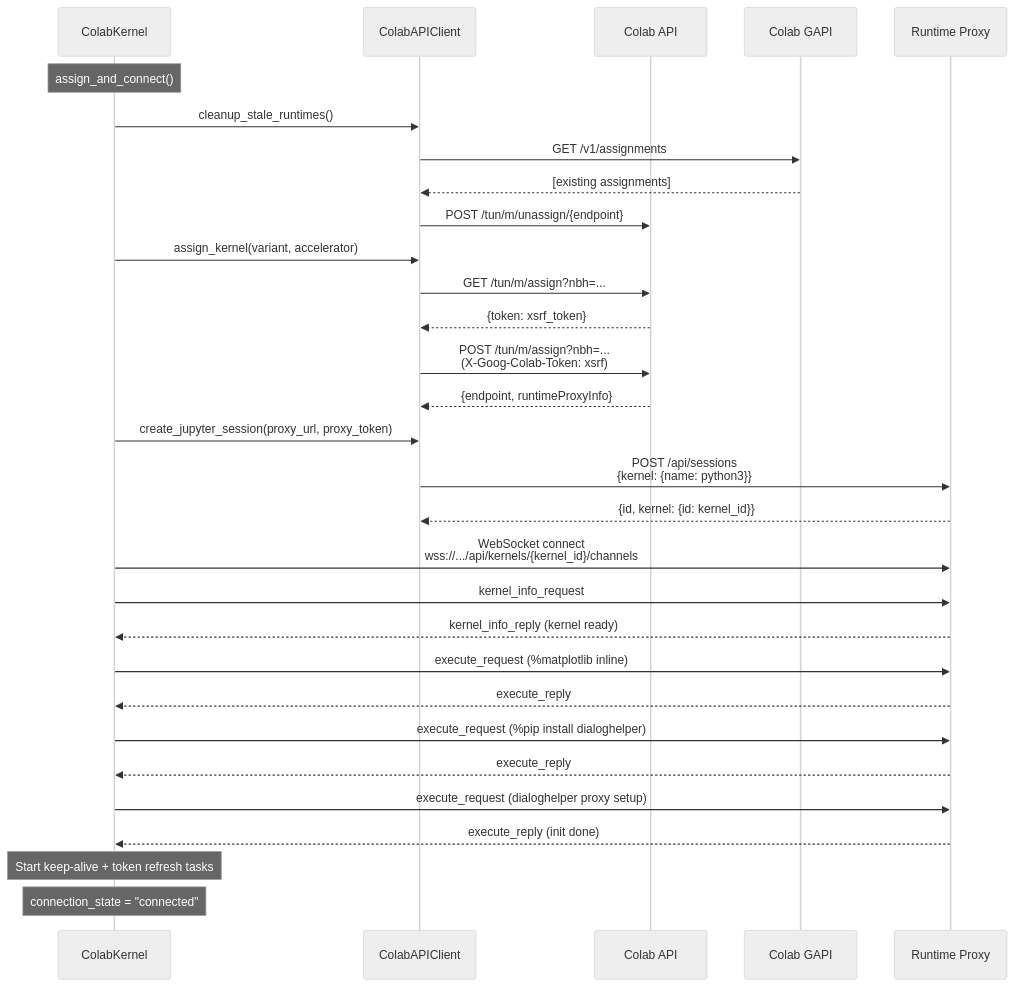
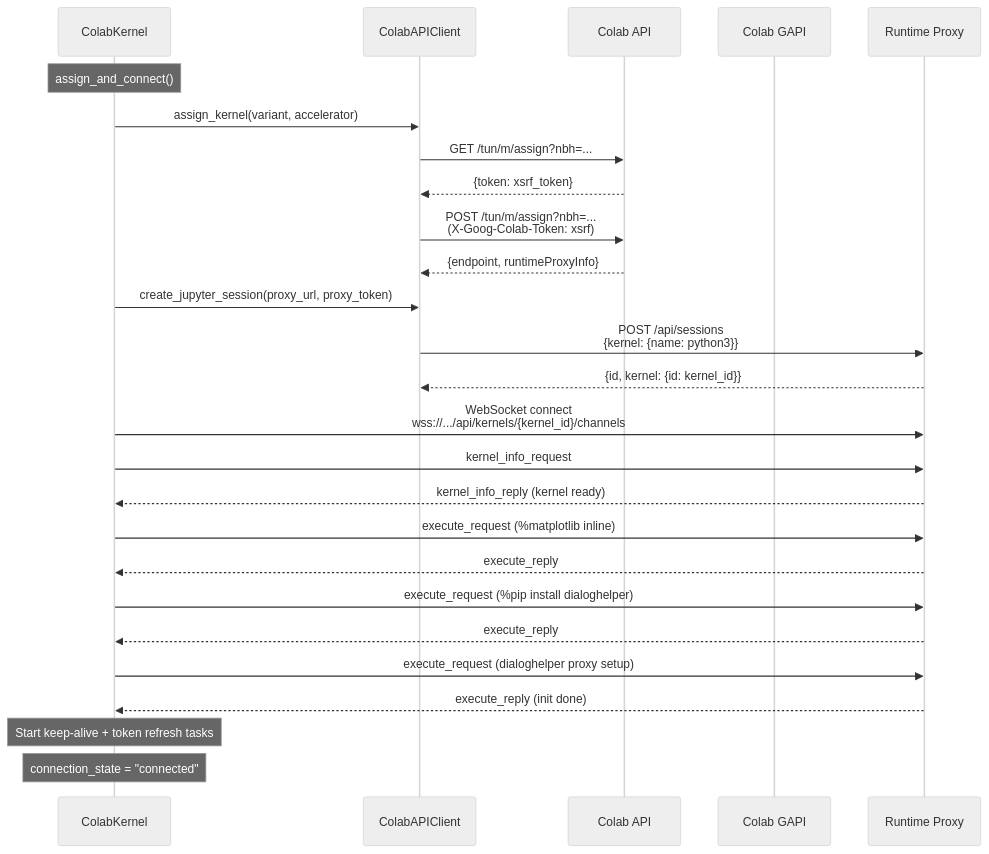
Before and after one commit to sgaseretto/solveish: the fifth of 12 diagrams in docs/how_it_works/12_colab_kernel.md, drawn with Mermaid (neutral theme). The commit also changed other lines of this file and 29 other files, not shown here.

````diff
--- a/docs/how_it_works/12_colab_kernel.md
+++ b/docs/how_it_works/12_colab_kernel.md
@@ -200,40 +208,35 @@
 ```mermaid
 sequenceDiagram
     participant CK as ColabKernel
     participant API as ColabAPIClient
     participant CA as Colab API
     participant GP as Colab GAPI
     participant RT as Runtime Proxy
 
     Note over CK: assign_and_connect()
-
-    CK->>API: cleanup_stale_runtimes()
-    API->>GP: GET /v1/assignments
-    GP-->>API: [existing assignments]
-    API->>CA: POST /tun/m/unassign/{endpoint}
 
     CK->>API: assign_kernel(variant, accelerator)
     API->>CA: GET /tun/m/assign?nbh=...
     CA-->>API: {token: xsrf_token}
     API->>CA: POST /tun/m/assign?nbh=...<br/>(X-Goog-Colab-Token: xsrf)
     CA-->>API: {endpoint, runtimeProxyInfo}
 
     CK->>API: create_jupyter_session(proxy_url, proxy_token)
     API->>RT: POST /api/sessions<br/>{kernel: {name: python3}}
     RT-->>API: {id, kernel: {id: kernel_id}}
 
     CK->>RT: WebSocket connect<br/>wss://.../api/kernels/{kernel_id}/channels
 
     CK->>RT: kernel_info_request
     RT-->>CK: kernel_info_reply (kernel ready)
 
     CK->>RT: execute_request (%matplotlib inline)
     RT-->>CK: execute_reply
     CK->>RT: execute_request (%pip install dialoghelper)
     RT-->>CK: execute_reply
     CK->>RT: execute_request (dialoghelper proxy setup)
     RT-->>CK: execute_reply (init done)
 
     Note over CK: Start keep-alive + token refresh tasks
     Note over CK: connection_state = "connected"
 ```
````
